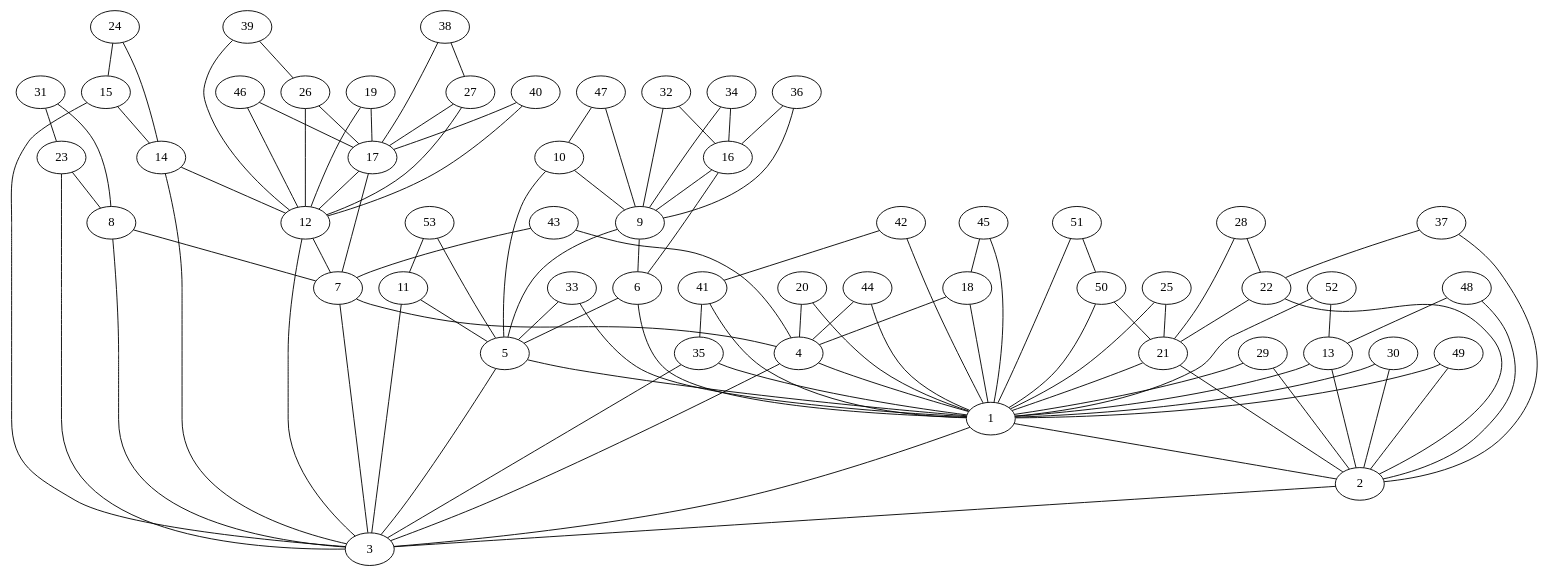
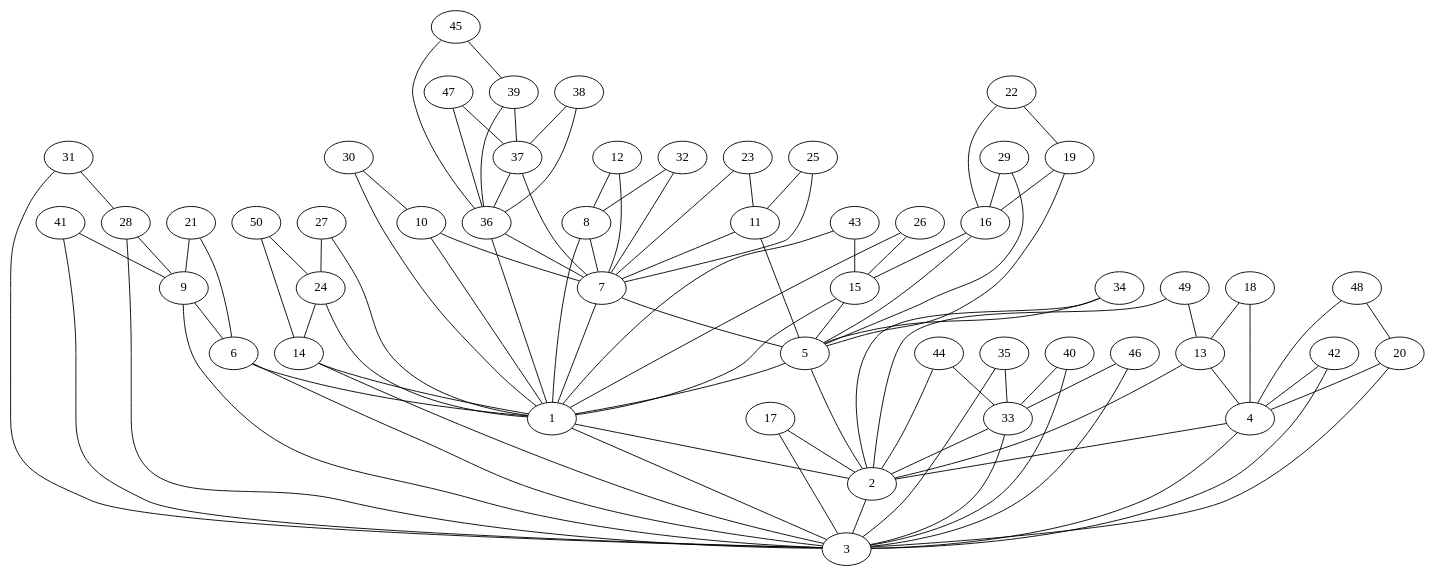
The diagram in proyecto_1/archivos_graphviz/grafo_dogorostov_50_nodos.dot (ElvisTech007/proyectos_DAA), drawn with Graphviz before and after one commit. The commit also changed 40 other files, not shown here.

```diff
--- a/proyecto_1/archivos_graphviz/grafo_dogorostov_50_nodos.dot
+++ b/proyecto_1/archivos_graphviz/grafo_dogorostov_50_nodos.dot
@@ -1,158 +1,149 @@
 graph G_1 {
     1;
     2;
     3;
     4;
     5;
     6;
     7;
     8;
     9;
     10;
     11;
     12;
     13;
     14;
     15;
     16;
     17;
     18;
     19;
     20;
     21;
     22;
     23;
     24;
     25;
     26;
     27;
     28;
     29;
     30;
     31;
     32;
     33;
     34;
     35;
     36;
     37;
     38;
     39;
     40;
     41;
     42;
     43;
     44;
     45;
     46;
     47;
     48;
     49;
     50;
-    51;
-    52;
-    53;
     1 -- 2;
     2 -- 3;
     1 -- 3;
-    4 -- 1;
+    4 -- 2;
     4 -- 3;
     5 -- 1;
-    5 -- 3;
-    6 -- 5;
+    5 -- 2;
     6 -- 1;
-    7 -- 4;
-    7 -- 3;
+    6 -- 3;
+    7 -- 5;
+    7 -- 1;
     8 -- 7;
-    8 -- 3;
+    8 -- 1;
     9 -- 6;
-    9 -- 5;
-    10 -- 9;
-    10 -- 5;
+    9 -- 3;
+    10 -- 7;
+    10 -- 1;
+    11 -- 7;
     11 -- 5;
-    11 -- 3;
+    12 -- 8;
     12 -- 7;
-    12 -- 3;
-    13 -- 1;
+    13 -- 4;
     13 -- 2;
-    14 -- 12;
+    14 -- 1;
     14 -- 3;
-    15 -- 14;
-    15 -- 3;
-    16 -- 9;
-    16 -- 6;
-    17 -- 12;
-    17 -- 7;
+    15 -- 5;
+    15 -- 1;
+    16 -- 15;
+    16 -- 5;
+    17 -- 2;
+    17 -- 3;
+    18 -- 13;
     18 -- 4;
-    18 -- 1;
-    19 -- 17;
-    19 -- 12;
+    19 -- 16;
+    19 -- 5;
     20 -- 4;
-    20 -- 1;
-    21 -- 1;
-    21 -- 2;
-    22 -- 21;
-    22 -- 2;
-    23 -- 8;
-    23 -- 3;
-    24 -- 15;
+    20 -- 3;
+    21 -- 9;
+    21 -- 6;
+    22 -- 19;
+    22 -- 16;
+    23 -- 11;
+    23 -- 7;
     24 -- 14;
-    25 -- 21;
-    25 -- 1;
-    26 -- 17;
-    26 -- 12;
-    27 -- 17;
-    27 -- 12;
-    28 -- 22;
-    28 -- 21;
-    29 -- 1;
-    29 -- 2;
+    24 -- 1;
+    25 -- 11;
+    25 -- 7;
+    26 -- 15;
+    26 -- 1;
+    27 -- 24;
+    27 -- 1;
+    28 -- 9;
+    28 -- 3;
+    29 -- 16;
+    29 -- 5;
+    30 -- 10;
     30 -- 1;
-    30 -- 2;
-    31 -- 23;
-    31 -- 8;
-    32 -- 16;
-    32 -- 9;
-    33 -- 5;
-    33 -- 1;
-    34 -- 16;
-    34 -- 9;
-    35 -- 1;
+    31 -- 28;
+    31 -- 3;
+    32 -- 8;
+    32 -- 7;
+    33 -- 2;
+    33 -- 3;
+    34 -- 5;
+    34 -- 2;
+    35 -- 33;
     35 -- 3;
-    36 -- 16;
-    36 -- 9;
-    37 -- 22;
-    37 -- 2;
-    38 -- 27;
-    38 -- 17;
-    39 -- 26;
-    39 -- 12;
-    40 -- 17;
-    40 -- 12;
-    41 -- 35;
-    41 -- 1;
-    42 -- 41;
-    42 -- 1;
-    43 -- 7;
-    43 -- 4;
-    44 -- 4;
-    44 -- 1;
-    45 -- 18;
-    45 -- 1;
-    46 -- 17;
-    46 -- 12;
-    47 -- 10;
-    47 -- 9;
-    48 -- 13;
-    48 -- 2;
-    49 -- 1;
+    36 -- 7;
+    36 -- 1;
+    37 -- 36;
+    37 -- 7;
+    38 -- 37;
+    38 -- 36;
+    39 -- 37;
+    39 -- 36;
+    40 -- 33;
+    40 -- 3;
+    41 -- 9;
+    41 -- 3;
+    42 -- 4;
+    42 -- 3;
+    43 -- 15;
+    43 -- 1;
+    44 -- 33;
+    44 -- 2;
+    45 -- 39;
+    45 -- 36;
+    46 -- 33;
+    46 -- 3;
+    47 -- 37;
+    47 -- 36;
+    48 -- 20;
+    48 -- 4;
+    49 -- 13;
     49 -- 2;
-    50 -- 21;
-    50 -- 1;
-    51 -- 50;
-    51 -- 1;
-    52 -- 13;
-    52 -- 1;
-    53 -- 11;
-    53 -- 5;
+    50 -- 24;
+    50 -- 14;
 }
```
